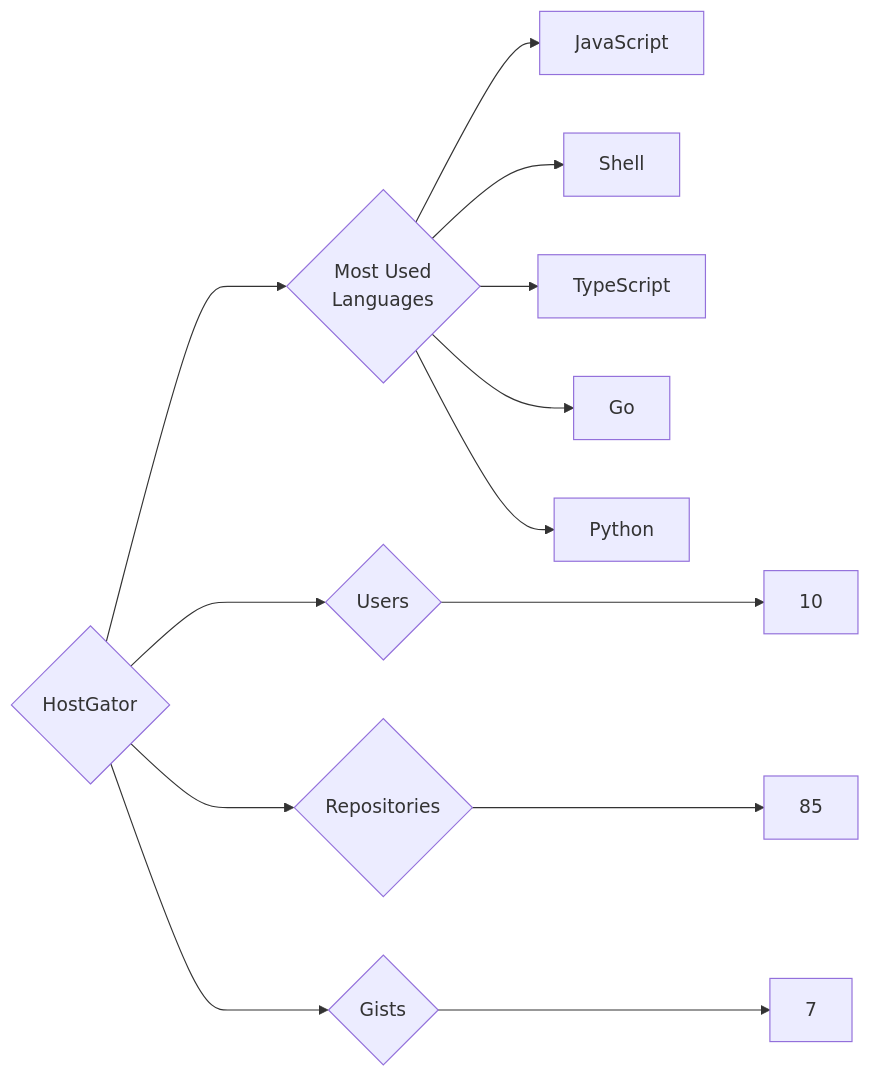
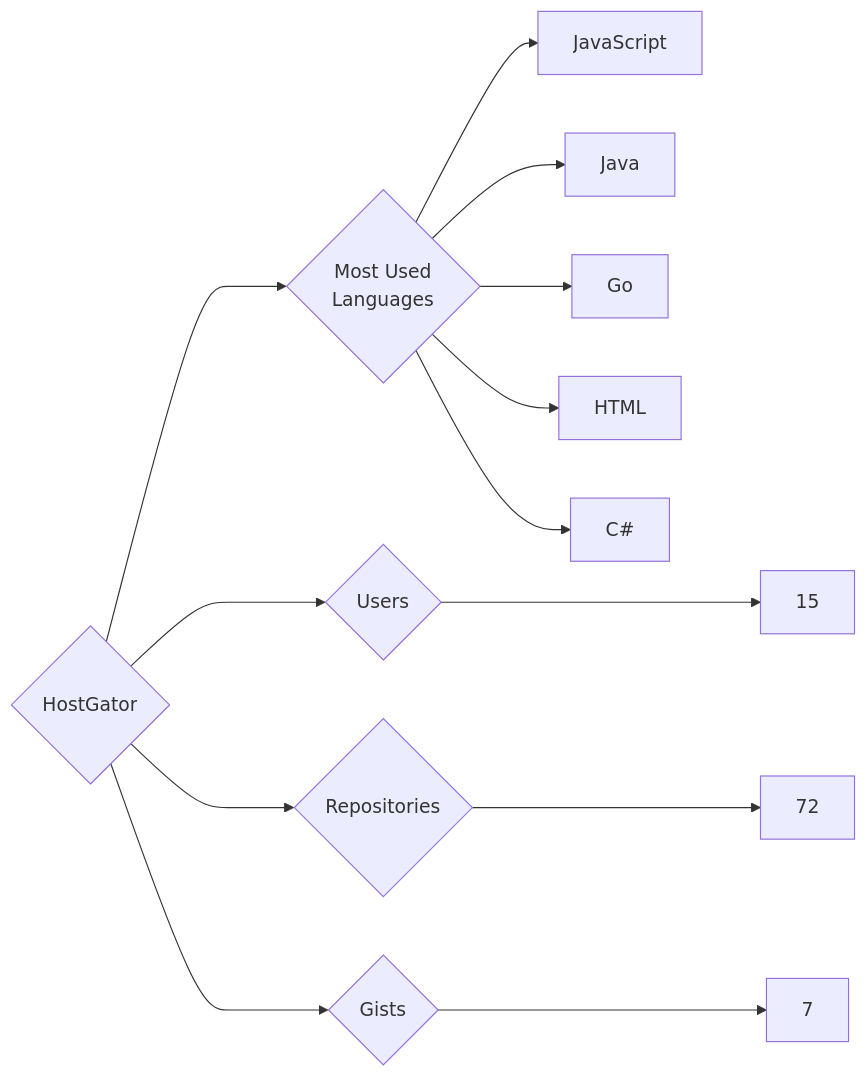
Before and after one commit to trickest/insiders: the diagram in targets/HostGator/README.md, drawn with Mermaid. The commit also changed 944 other files, not shown here.

````diff
--- a/targets/HostGator/README.md
+++ b/targets/HostGator/README.md
@@ -3,13 +3,13 @@
 ```mermaid
 graph LR
 COMPANY_NAME{HostGator}
-COMPANY_NAME ---> U{Users} ---> UN[10]
-COMPANY_NAME ---> R{Repositories} ---> RN[85]
+COMPANY_NAME ---> U{Users} ---> UN[15]
+COMPANY_NAME ---> R{Repositories} ---> RN[72]
 COMPANY_NAME ---> G{Gists} ---> GN[7]
 COMPANY_NAME ---> ML{Most Used<br>Languages}
 ML --> JavaScript[JavaScript]
-ML --> Shell[Shell]
-ML --> TypeScript[TypeScript]
+ML --> Java[Java]
 ML --> Go[Go]
-ML --> Python[Python]
+ML --> HTML[HTML]
+ML --> C#[C#]
 ```
````
